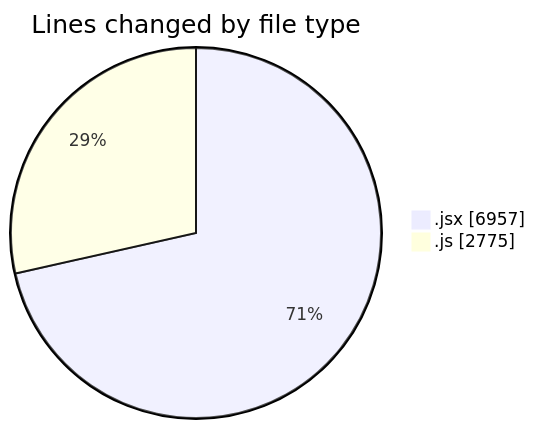
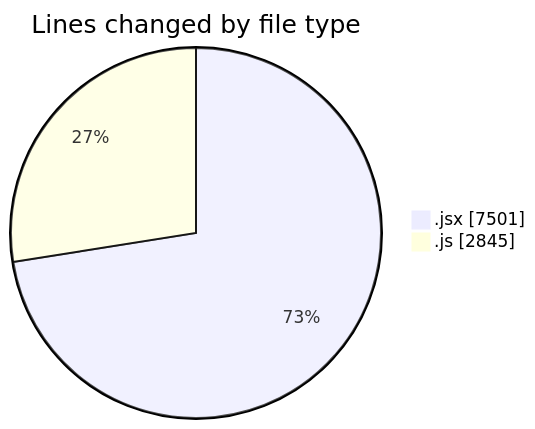
One commit to nxtqubesakshisongat/code-tracking changed the first of 2 diagrams in 2025-08-04/nxtqube_webapp/README.md. Above: the diagram before and after it, drawn with Mermaid. The commit also changed other lines of this file and 1 other file, not shown here.

````diff
--- a/2025-08-04/nxtqube_webapp/README.md
+++ b/2025-08-04/nxtqube_webapp/README.md
@@ -42,6 +44,6 @@
 ```mermaid
 pie showData
 title Lines changed by file type
-".jsx" : 6957
-".js" : 2775
+".jsx" : 7501
+".js" : 2845
 ```
````
